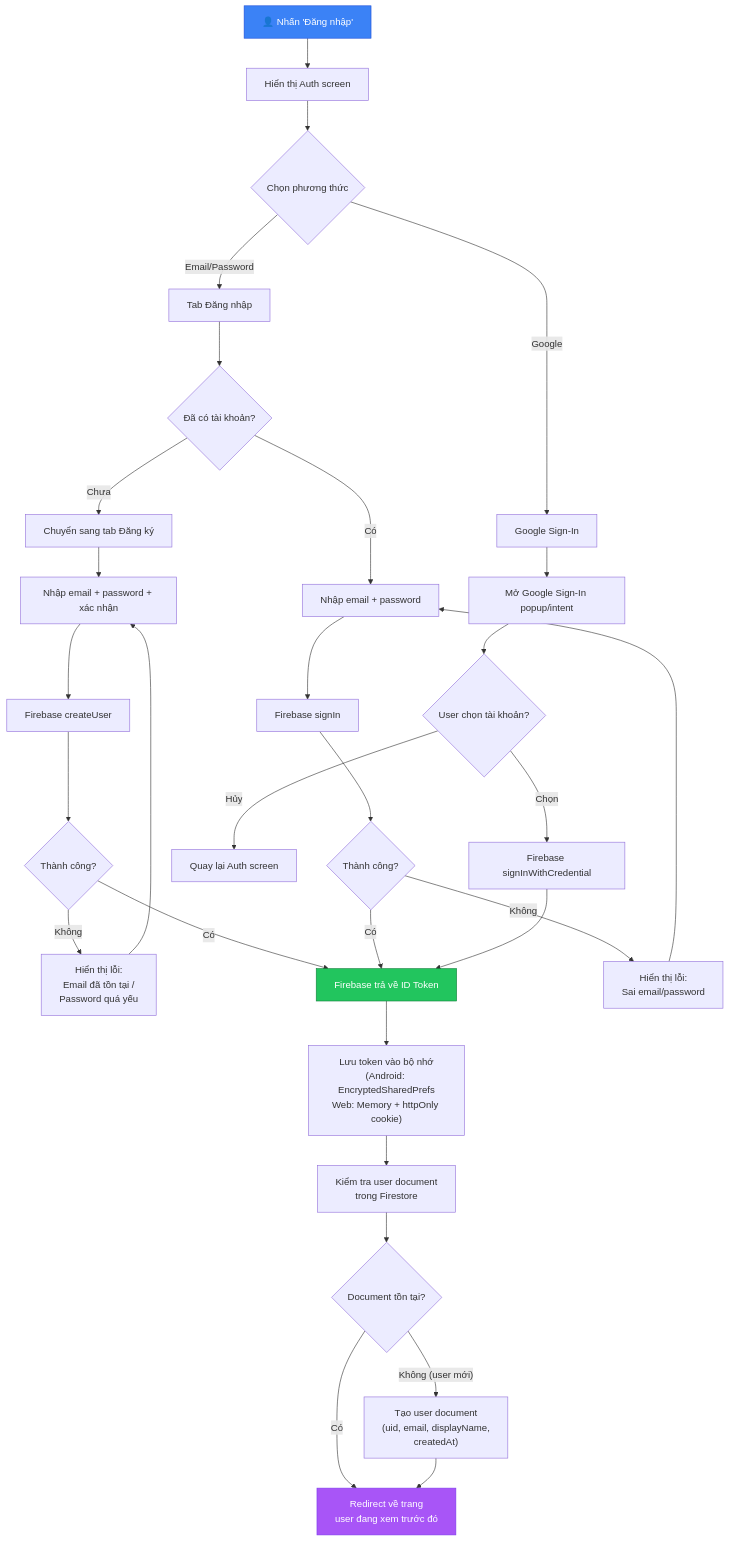
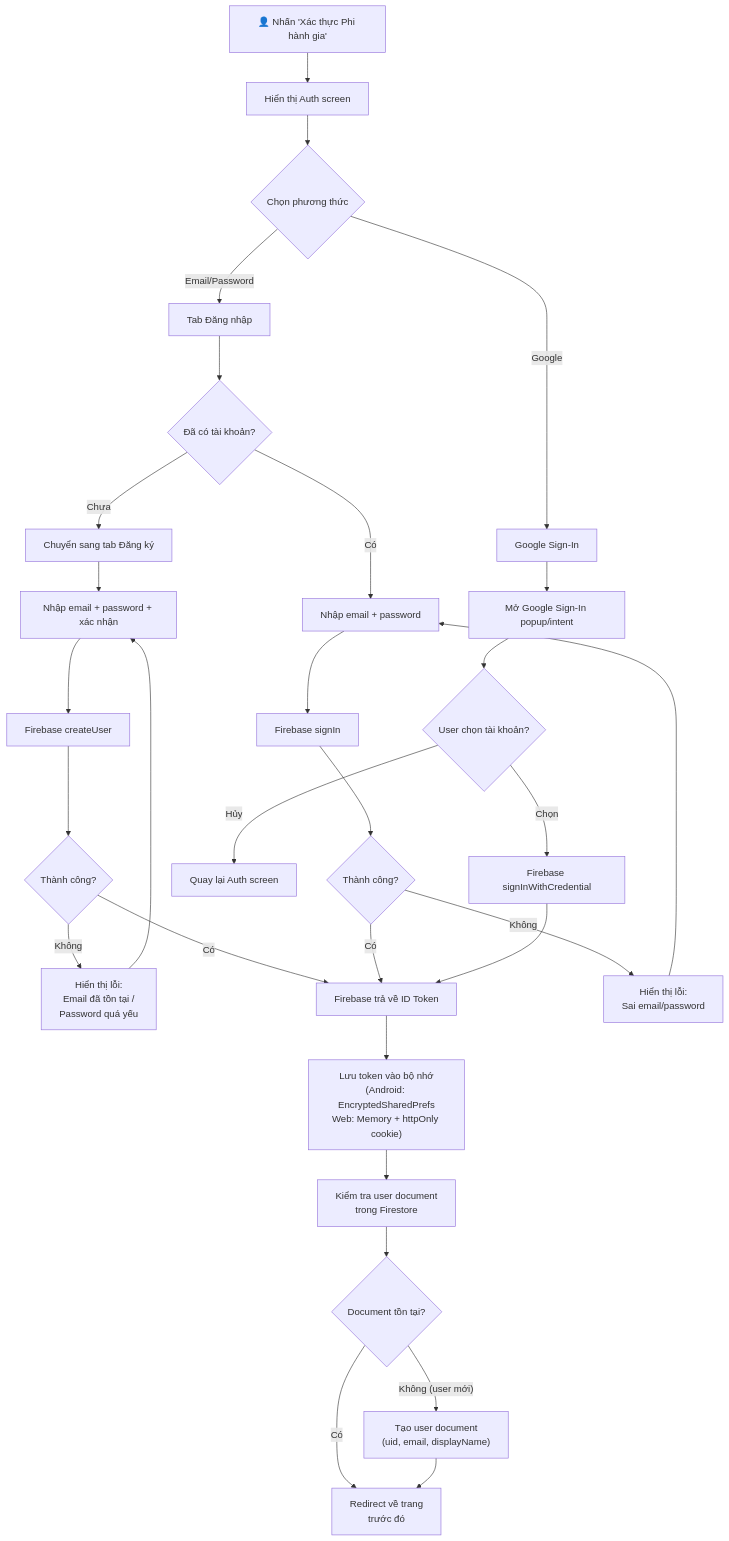
The fourth of 5 diagrams in docs/analysis/user-flows.md (iAmHieu2012/Sequoia), drawn with Mermaid before and after one commit. The commit also changed other lines of this file and 20 other files, not shown here.

First line of the commit message:
feat: overhaul architecture to Sci-Fi Cosmos theme and implement backend models

````diff
--- a/docs/analysis/user-flows.md
+++ b/docs/analysis/user-flows.md
@@ -202,41 +88,37 @@
 ```mermaid
 flowchart TD
-    A["👤 Nhấn 'Đăng nhập'"] --> B["Hiển thị Auth screen"]
+    A["👤 Nhấn 'Xác thực Phi hành gia'"] --> B["Hiển thị Auth screen"]
     B --> C{"Chọn phương thức"}
 
     C -->|"Email/Password"| D["Tab Đăng nhập"]
     C -->|"Google"| E["Google Sign-In"]
 
     D --> D1{"Đã có tài khoản?"}
     D1 -->|"Có"| D2["Nhập email + password"]
     D1 -->|"Chưa"| D3["Chuyển sang tab Đăng ký"]
     D3 --> D4["Nhập email + password + xác nhận"]
     D4 --> D5["Firebase createUser"]
     D5 --> D6{"Thành công?"}
     D6 -->|"Không"| D7["Hiển thị lỗi:<br/>Email đã tồn tại /<br/>Password quá yếu"]
     D7 --> D4
     D6 -->|"Có"| F["Firebase trả về ID Token"]
 
     D2 --> D8["Firebase signIn"]
     D8 --> D9{"Thành công?"}
     D9 -->|"Không"| D10["Hiển thị lỗi:<br/>Sai email/password"]
     D10 --> D2
     D9 -->|"Có"| F
 
     E --> E1["Mở Google Sign-In popup/intent"]
     E1 --> E2{"User chọn tài khoản?"}
     E2 -->|"Hủy"| E3["Quay lại Auth screen"]
     E2 -->|"Chọn"| E4["Firebase signInWithCredential"]
     E4 --> F
 
     F --> G["Lưu token vào bộ nhớ<br/>(Android: EncryptedSharedPrefs<br/>Web: Memory + httpOnly cookie)"]
     G --> H["Kiểm tra user document<br/>trong Firestore"]
     H --> H1{"Document tồn tại?"}
-    H1 -->|"Không (user mới)"| H2["Tạo user document<br/>(uid, email, displayName,<br/>createdAt)"]
+    H1 -->|"Không (user mới)"| H2["Tạo user document<br/>(uid, email, displayName)"]
     H1 -->|"Có"| I
-    H2 --> I["Redirect về trang<br/>user đang xem trước đó"]
-
-    style A fill:#3b82f6,stroke:#1d4ed8,color:#fff
-    style F fill:#22c55e,stroke:#15803d,color:#fff
-    style I fill:#a855f7,stroke:#7c3aed,color:#fff
+    H2 --> I["Redirect về trang<br/>trước đó"]
 ```
````
